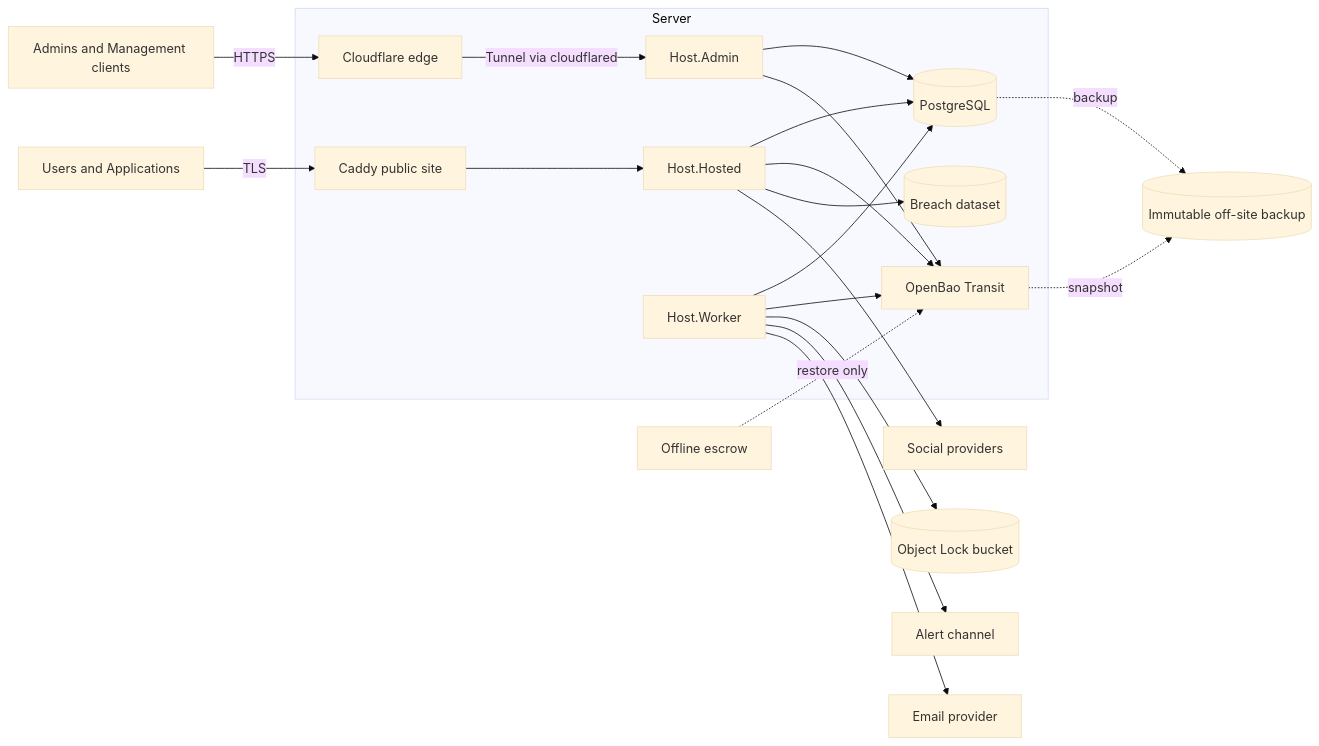
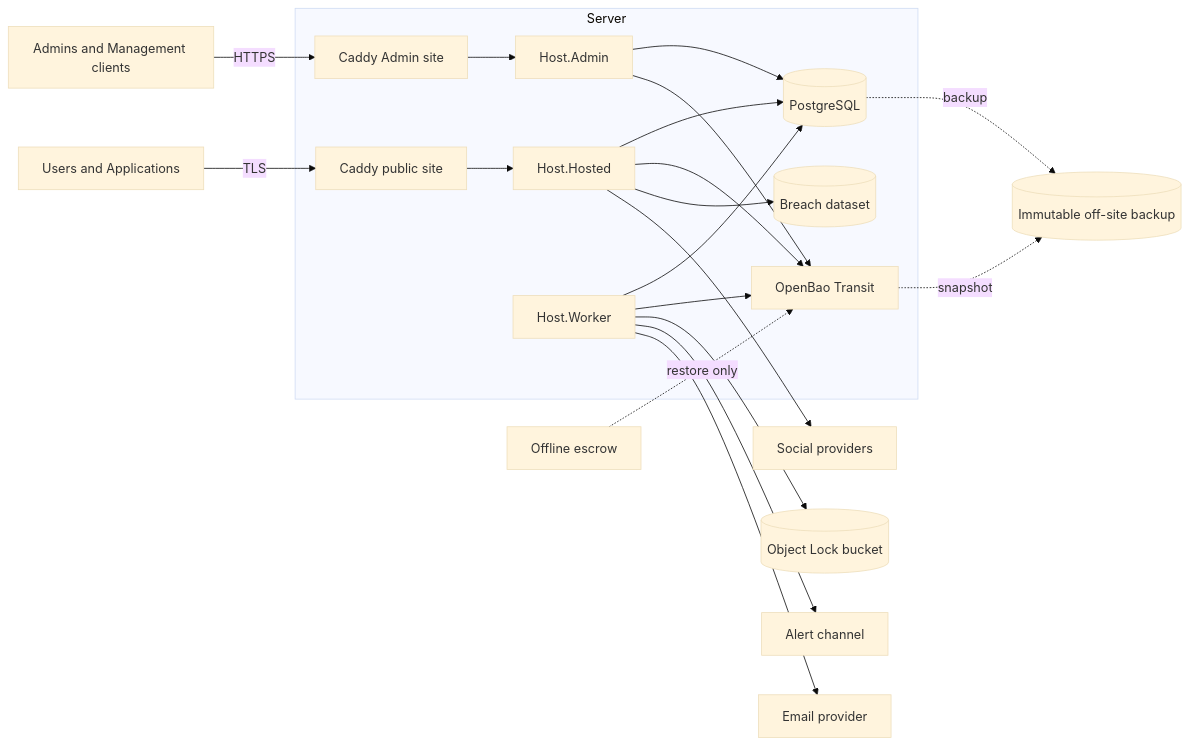
One commit to shanilmelder/gatekeep changed the third of 4 diagrams in _bmad-output/planning-artifacts/architecture/architecture-gatekeep-2026-11-02/ARCHITECTURE-SPINE.md. Above: the diagram before and after it, drawn with Mermaid (base theme). The commit also changed other lines of this file and 3 other files, not shown here.

First line of the commit message:
docs: serve the Admin panel through Caddy, drop the Cloudflare Tunnel

````diff
--- a/_bmad-output/planning-artifacts/architecture/architecture-gatekeep-2026-11-02/ARCHITECTURE-SPINE.md
+++ b/_bmad-output/planning-artifacts/architecture/architecture-gatekeep-2026-11-02/ARCHITECTURE-SPINE.md
@@ -551,23 +551,23 @@
 ```mermaid
 flowchart LR
   U[Users and Applications] -->|TLS| C[Caddy public site]
-  AD[Admins and Management clients] -->|HTTPS| CF[Cloudflare edge]
+  AD[Admins and Management clients] -->|HTTPS| CA[Caddy Admin site]
   subgraph Server
     C --> HH[Host.Hosted]
-    CF -->|Tunnel via cloudflared| HA[Host.Admin]
+    CA --> HA[Host.Admin]
     HH --> PG[(PostgreSQL)]
     HA --> PG
     HW[Host.Worker] --> PG
     HH --> OB[OpenBao Transit]
     HA --> OB
     HW --> OB
     HH --> BD[(Breach dataset)]
   end
   HW --> OL[(Object Lock bucket)]
   HW --> AL[Alert channel]
   HW --> EM[Email provider]
   HH --> SO[Social providers]
   PG -. backup .-> BK[(Immutable off-site backup)]
   OB -. snapshot .-> BK
   ES[Offline escrow] -. restore only .-> OB
 ```
````
